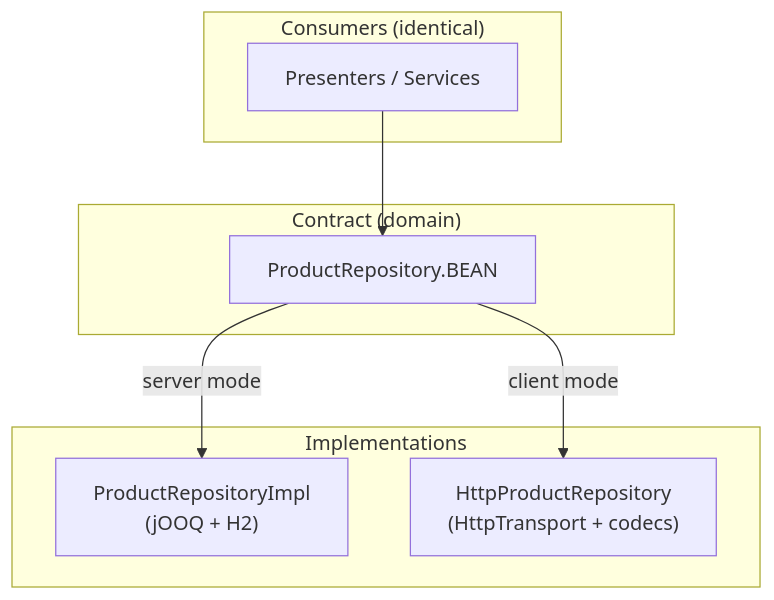
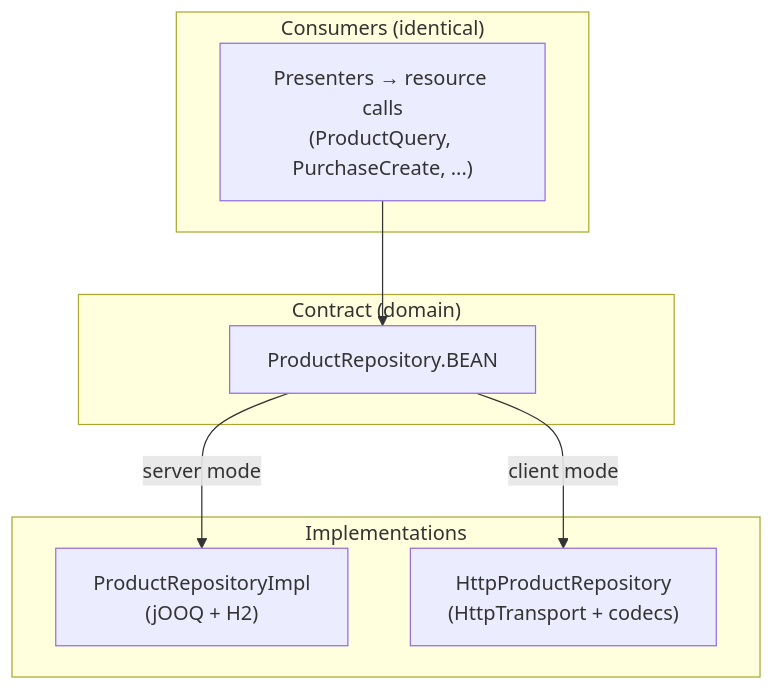
Before and after one commit to mrcdom/wdc-cube-java-v2: the first of 6 diagrams in docs/data-layer.md, drawn with Mermaid. The commit also changed other lines of this file and 4 other files, not shown here.

Commit message:
📝 [DOCS] resource calls in the data-layer doc and a README for framework.domain

````diff
--- a/docs/data-layer.md
+++ b/docs/data-layer.md
@@ -40,19 +41,19 @@
 ```mermaid
 graph TD
     subgraph Consumers["Consumers (identical)"]
-        P["Presenters / Services"]
+        P["Presenters → resource calls<br/>(ProductQuery, PurchaseCreate, ...)"]
     end
 
     subgraph Contract["Contract (domain)"]
         R["ProductRepository.BEAN"]
     end
 
     subgraph Impl["Implementations"]
         DB["ProductRepositoryImpl<br/>(jOOQ + H2)"]
         HTTP["HttpProductRepository<br/>(HttpTransport + codecs)"]
     end
 
     P --> R
     R -->|"server mode"| DB
     R -->|"client mode"| HTTP
 ```
````
